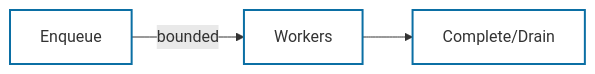
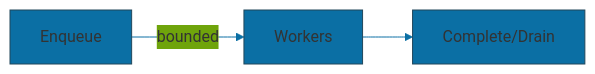
Before and after one commit to Shaddix/mostlylucidweb: the first of 7 diagrams in Mostlylucid/Helpers/Ephemeral/Atoms/README.md, drawn with Mermaid. The commit also changed other lines of this file and 27 other files, not shown here.

````diff
--- a/Mostlylucid/Helpers/Ephemeral/Atoms/README.md
+++ b/Mostlylucid/Helpers/Ephemeral/Atoms/README.md
@@ -16,7 +16,6 @@
 ```mermaid
+%%{init: {'theme':'base', 'themeVariables': {'primaryColor':'#0b6fa4','lineColor':'#0b6fa4','tertiaryColor':'#ffffff'}}}%%
 flowchart LR
     A[Enqueue] -->|bounded| B[Workers]
     B --> C[Complete/Drain]
-    classDef accent stroke:#0b6fa4,fill:none,stroke-width:2px;
-    class A,B,C accent;
 ```
````
